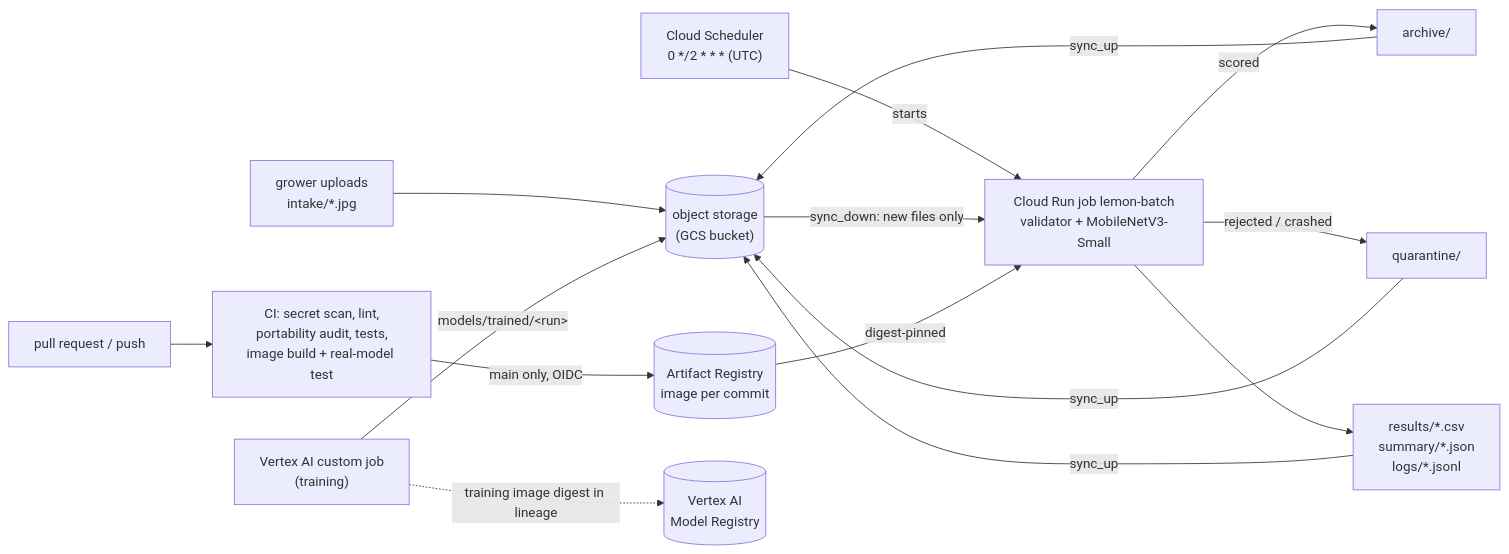
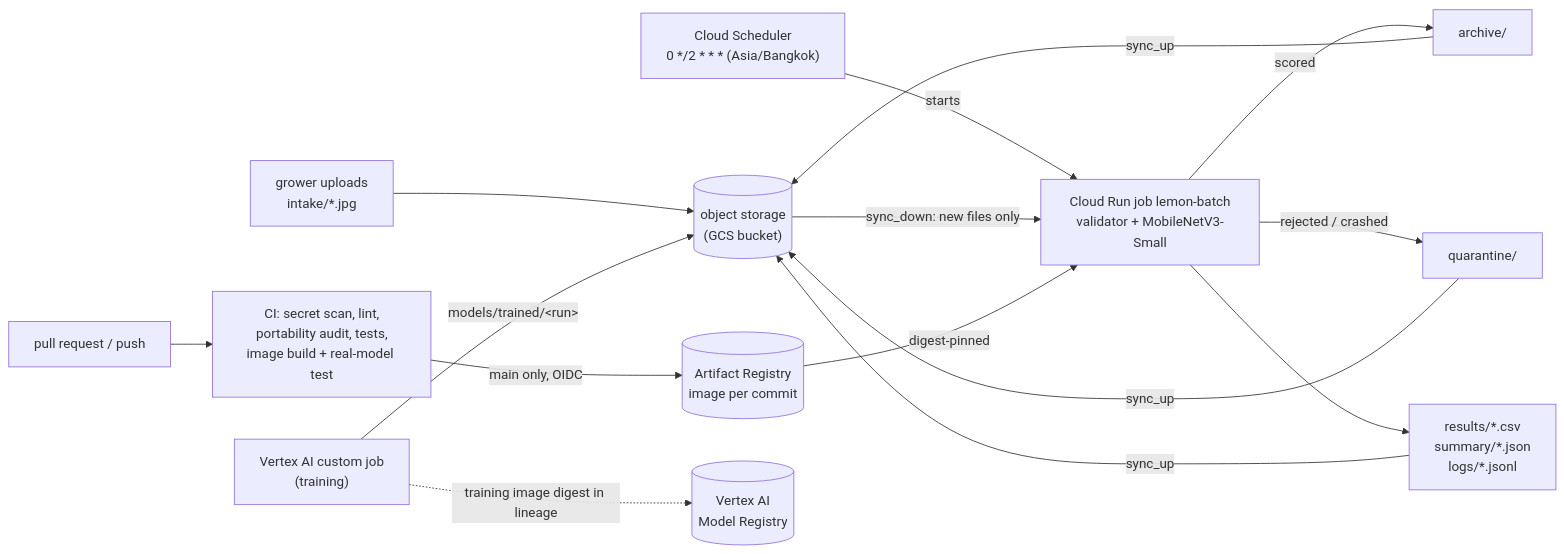
One commit to meadowind/ML-Project changed the diagram in README.md. Above: the diagram before and after it, drawn with Mermaid. The commit also changed other lines of this file, not shown here.

Commit message:
docs: clarify scheduler frequency and timezone

````diff
--- a/README.md
+++ b/README.md
@@ -47,15 +47,15 @@
 ```mermaid
 flowchart LR
     U["grower uploads<br>intake/*.jpg"] --> B[("object storage<br>(GCS bucket)")]
-    SCH["Cloud Scheduler<br>0 */2 * * * (UTC)"] -->|"starts"| C["Cloud Run job lemon-batch<br>validator + MobileNetV3-Small"]
+    SCH["Cloud Scheduler<br>0 */2 * * * (Asia/Bangkok)"] -->|"starts"| C["Cloud Run job lemon-batch<br>validator + MobileNetV3-Small"]
     B -->|"sync_down: new files only"| C
     C -->|"scored"| A["archive/"]
     C -->|"rejected / crashed"| Q["quarantine/"]
     C --> R["results/*.csv<br>summary/*.json<br>logs/*.jsonl"]
     A & Q & R -->|"sync_up"| B
     PR["pull request / push"] --> CI["CI: secret scan, lint,<br>portability audit, tests,<br>image build + real-model test"]
     CI -->|"main only, OIDC"| AR[("Artifact Registry<br>image per commit")]
     AR -->|"digest-pinned"| C
     T["Vertex AI custom job<br>(training)"] -->|"models/trained/&lt;run&gt;"| B
     T -.->|"training image digest in lineage"| MR[("Vertex AI<br>Model Registry")]
 ```
````
